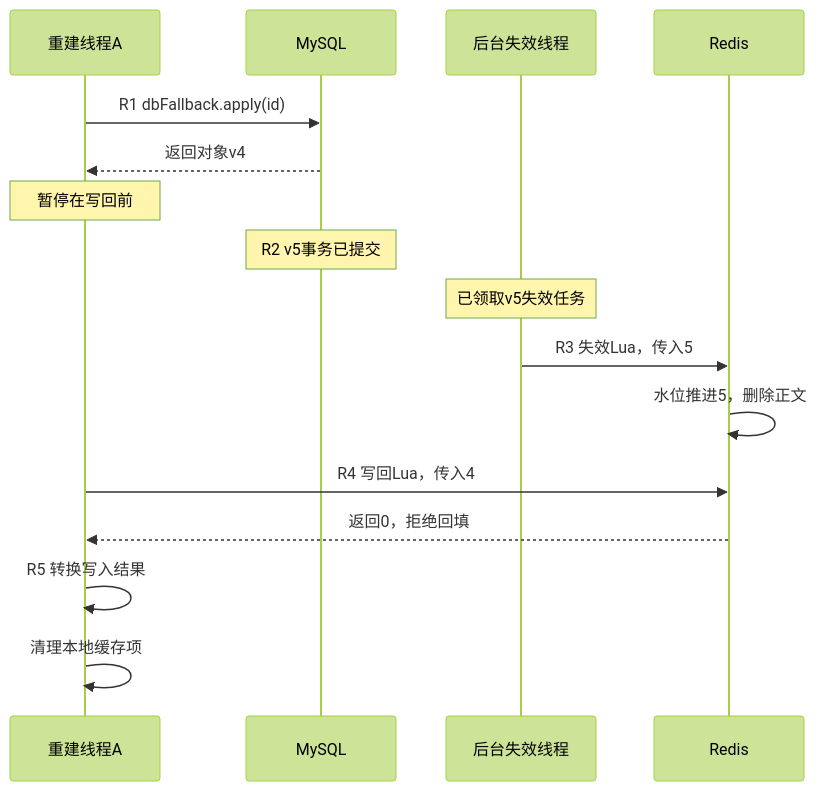
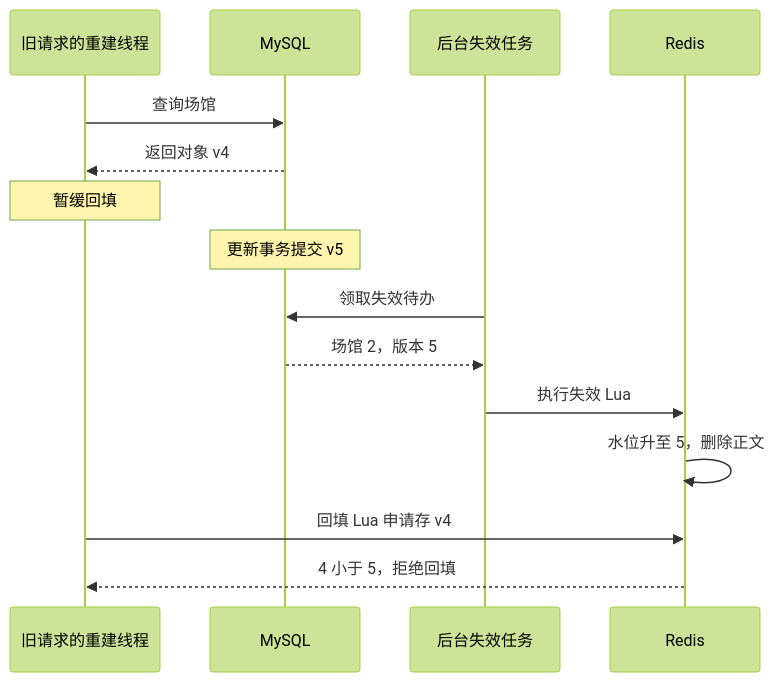
One commit to SyH-101/citypass-platform changed the third of 7 diagrams in 02-多级缓存一致性.md. Above: the diagram before and after it, drawn with Mermaid (forest theme). The commit also changed other lines of this file, not shown here.

Commit message:
docs: clarify cache version checks and invalidation flow without numbered diagram steps

````diff
--- a/02-多级缓存一致性.md
+++ b/02-多级缓存一致性.md
@@ -577,18 +531,17 @@
 ```mermaid
 sequenceDiagram
-    participant A as 重建线程A
+    participant A as 旧请求的重建线程
     participant D as MySQL
-    participant T as 后台失效线程
+    participant T as 后台失效任务
     participant R as Redis
-    A->>D: R1 dbFallback.apply(id)
-    D-->>A: 返回对象v4
-    Note over A: 暂停在写回前
-    Note over D: R2 v5事务已提交
-    Note over T: 已领取v5失效任务
-    T->>R: R3 失效Lua，传入5
-    R->>R: 水位推进5，删除正文
-    A->>R: R4 写回Lua，传入4
-    R-->>A: 返回0，拒绝回填
-    A->>A: R5 转换写入结果
-    A->>A: 清理本地缓存项
+    A->>D: 查询场馆
+    D-->>A: 返回对象 v4
+    Note over A: 暂缓回填
+    Note over D: 更新事务提交 v5
+    T->>D: 领取失效待办
+    D-->>T: 场馆 2，版本 5
+    T->>R: 执行失效 Lua
+    R->>R: 水位升至 5，删除正文
+    A->>R: 回填 Lua 申请存 v4
+    R-->>A: 4 小于 5，拒绝回填
 ```
````
